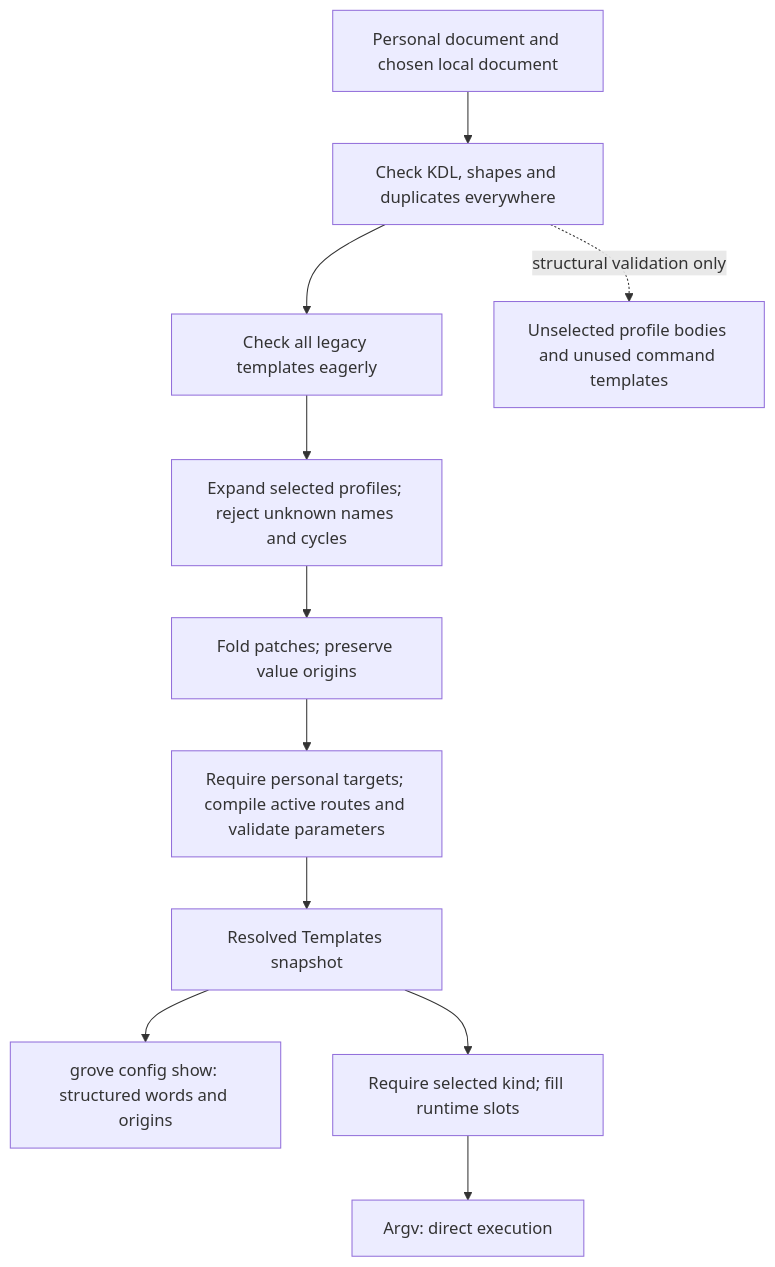
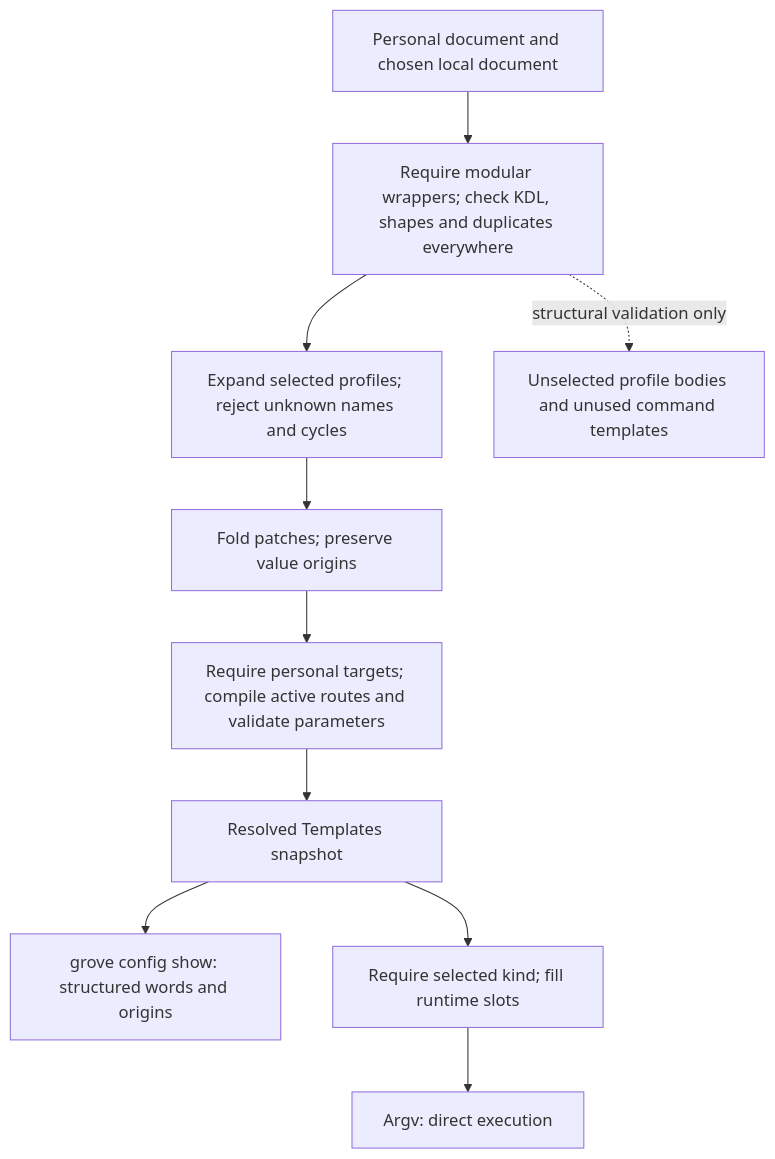
One commit to Linkuistics/grove changed the diagram in docs/design/modular-configuration/validation.mmd. Above: the diagram before and after it, drawn with Mermaid. The commit also changed 26 other files, not shown here.

```diff
--- a/docs/design/modular-configuration/validation.mmd
+++ b/docs/design/modular-configuration/validation.mmd
@@ -1,16 +1,15 @@
 flowchart TD
     D[Personal document and chosen local document]
-    S[Check KDL, shapes and duplicates everywhere]
-    L[Check all legacy templates eagerly]
+    S[Require modular wrappers; check KDL, shapes and duplicates everywhere]
     P[Expand selected profiles; reject unknown names and cycles]
     F[Fold patches; preserve value origins]
     C[Require personal targets; compile active routes and validate parameters]
     T[Resolved Templates snapshot]
     I[grove config show: structured words and origins]
     R[Require selected kind; fill runtime slots]
     A[Argv: direct execution]
-    D --> S --> L --> P --> F --> C --> T
+    D --> S --> P --> F --> C --> T
     T --> I
     T --> R --> A
     X[Unselected profile bodies and unused command templates]
     S -. structural validation only .-> X
```
